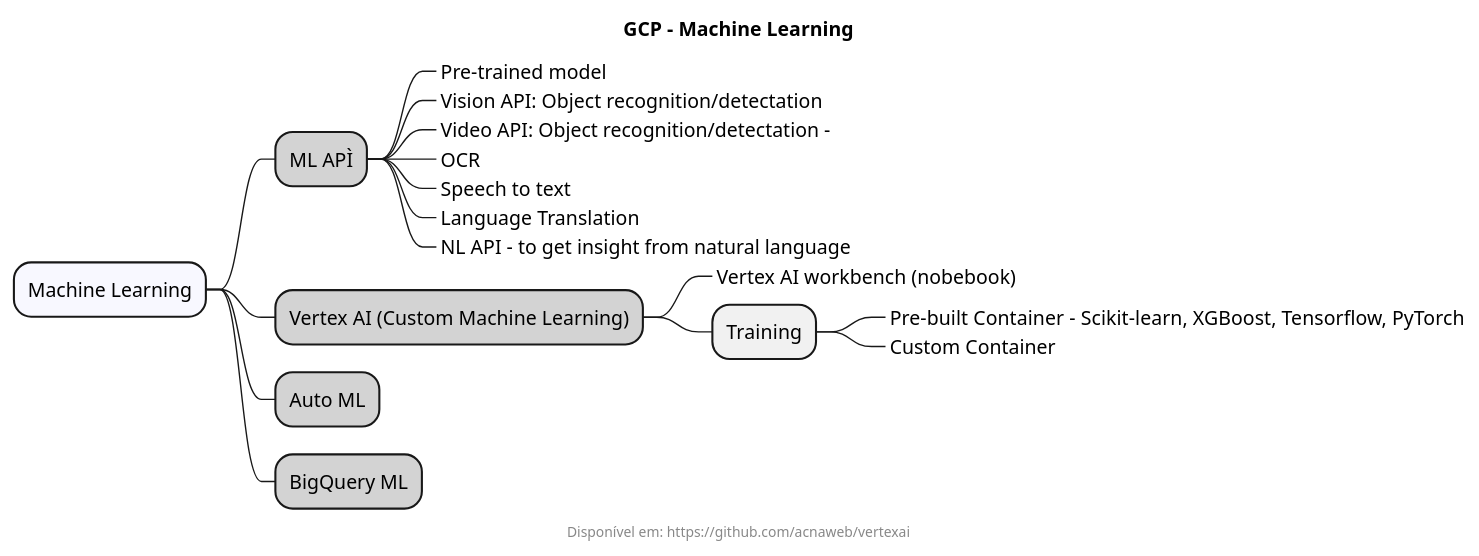
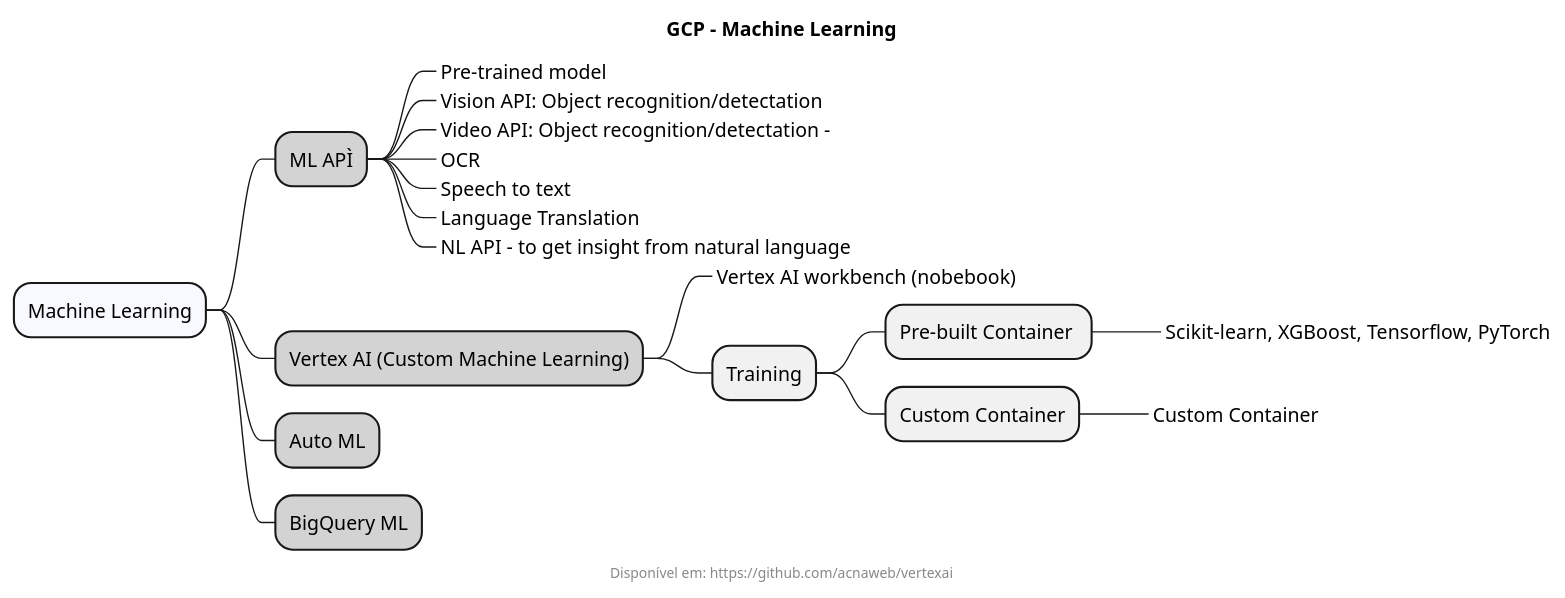
Before and after one commit to acnaweb/vertexai: the diagram in docs/vertexai.puml, drawn with PlantUML. The commit also changed 3 other files, not shown here.

```diff
--- a/docs/vertexai.puml
+++ b/docs/vertexai.puml
@@ -1,29 +1,32 @@
 @startmindmap
 
 title "GCP - Machine Learning"
 footer Disponível em: https://github.com/acnaweb/vertexai
 
 *[#F8F8FF] Machine Learning
 
 **[#LightGray] ML APÌ
 ***_ Pre-trained model
 ***_ Vision API: Object recognition/detectation
 ***_ Video API: Object recognition/detectation - 
 ***_ OCR
 ***_ Speech to text
 ***_ Language Translation
 ***_ NL API - to get insight from natural language
 
 **[#LightGray] Vertex AI (Custom Machine Learning)
 ***_ Vertex AI workbench (nobebook)
 *** Training
-****_ Pre-built Container - Scikit-learn, XGBoost, Tensorflow, PyTorch
-****_ Custom Container
+**** Pre-built Container 
+*****_ Scikit-learn, XGBoost, Tensorflow, PyTorch
+
+**** Custom Container
+*****_ Custom Container
 
 **[#LightGray] Auto ML
 
 **[#LightGray] BigQuery ML
 
 
 
 @endmindmap
```
